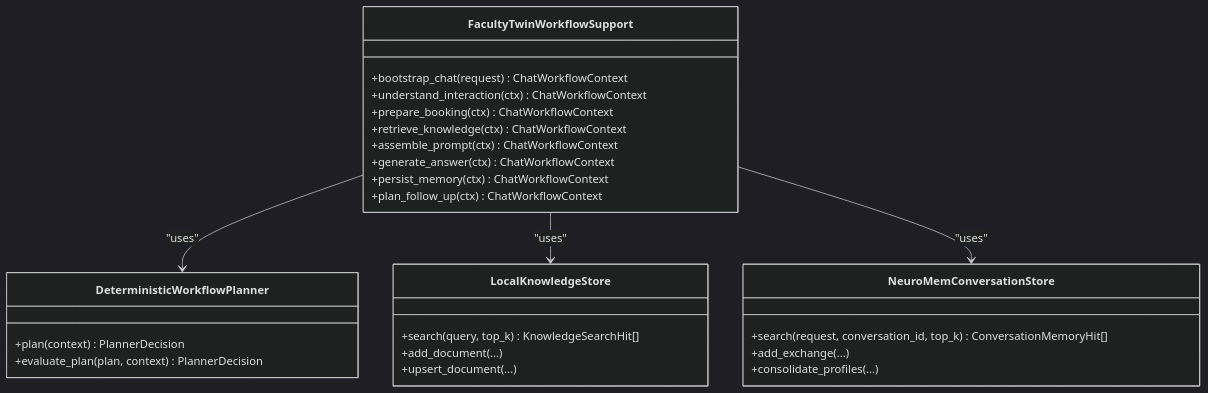
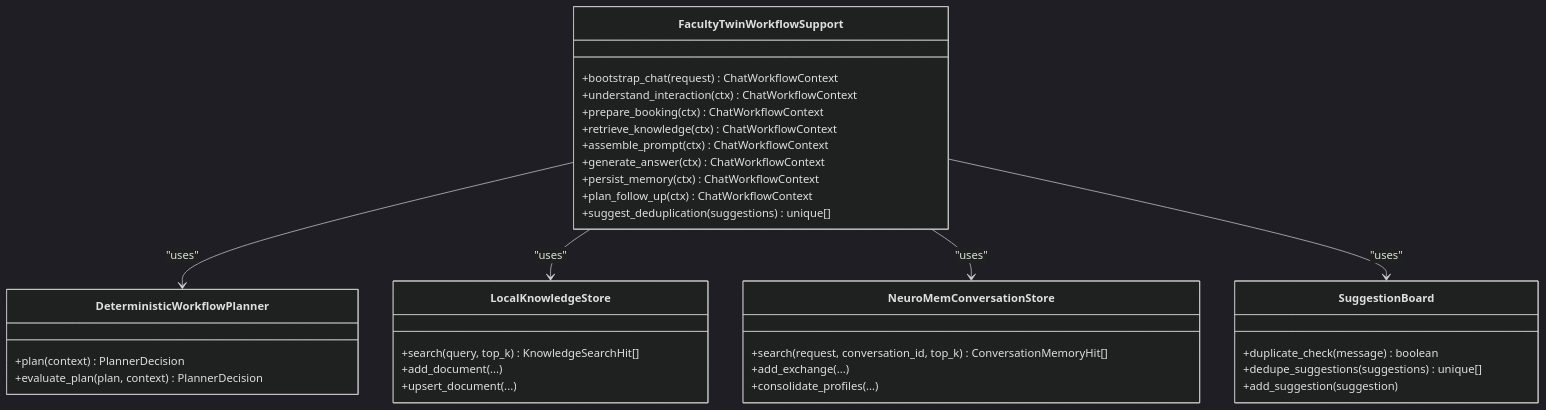
The third of 10 diagrams in .qoder/repowiki/en/content/Core Components/Core Components.md (intellistream/sage-mate), drawn with Mermaid (dark theme) before and after one commit. The commit also changed other lines of this file and 115 other files, not shown here.

````diff
--- a/.qoder/repowiki/en/content/Core Components/Core Components.md
+++ b/.qoder/repowiki/en/content/Core Components/Core Components.md
@@ -229,30 +244,37 @@
 ```mermaid
 classDiagram
 class FacultyTwinWorkflowSupport {
 +bootstrap_chat(request) ChatWorkflowContext
 +understand_interaction(ctx) ChatWorkflowContext
 +prepare_booking(ctx) ChatWorkflowContext
 +retrieve_knowledge(ctx) ChatWorkflowContext
 +assemble_prompt(ctx) ChatWorkflowContext
 +generate_answer(ctx) ChatWorkflowContext
 +persist_memory(ctx) ChatWorkflowContext
 +plan_follow_up(ctx) ChatWorkflowContext
++suggest_deduplication(suggestions) unique[]
 }
 class DeterministicWorkflowPlanner {
 +plan(context) PlannerDecision
 +evaluate_plan(plan, context) PlannerDecision
 }
 class LocalKnowledgeStore {
 +search(query, top_k) KnowledgeSearchHit[]
 +add_document(...)
 +upsert_document(...)
 }
 class NeuroMemConversationStore {
 +search(request, conversation_id, top_k) ConversationMemoryHit[]
 +add_exchange(...)
 +consolidate_profiles(...)
 }
+class SuggestionBoard {
++duplicate_check(message) boolean
++dedupe_suggestions(suggestions) unique[]
++add_suggestion(suggestion)
+}
 FacultyTwinWorkflowSupport --> DeterministicWorkflowPlanner : "uses"
 FacultyTwinWorkflowSupport --> LocalKnowledgeStore : "uses"
 FacultyTwinWorkflowSupport --> NeuroMemConversationStore : "uses"
+FacultyTwinWorkflowSupport --> SuggestionBoard : "uses"
 ```
````
